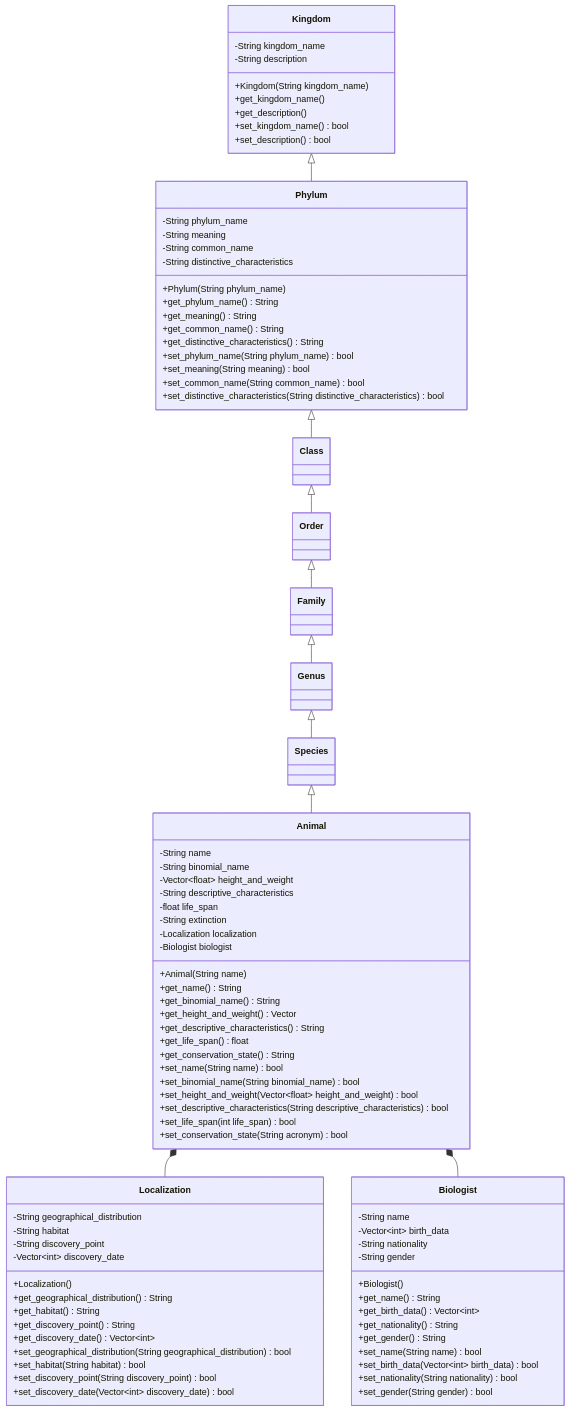
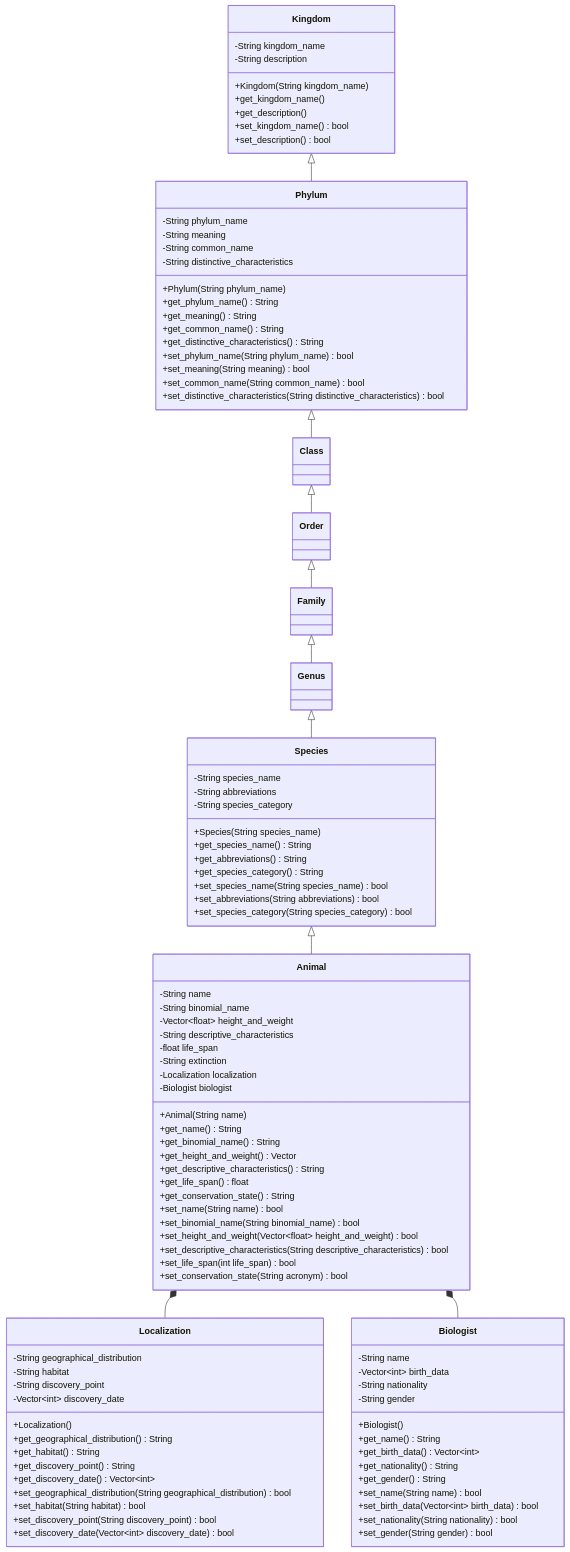
The diagram in README.md (lukaian-k/assignment_POO), drawn with Mermaid before and after one commit.

Commit message:
add especies no UML

````diff
--- a/README.md
+++ b/README.md
@@ -37,7 +37,21 @@
 		+set_common_name(String common_name) bool
 		+set_distinctive_characteristics(String distinctive_characteristics) bool
 		}
-	
+
+	class Species {
+		-String species_name
+		-String abbreviations
+		-String species_category
+		
+		+Species(String species_name)
+		+get_species_name() String
+		+get_abbreviations() String
+		+get_species_category() String
+		+set_species_name(String species_name) bool
+		+set_abbreviations(String abbreviations) bool
+		+set_species_category(String species_category) bool
+		}
+		
 	class Animal {
 		-String name
 		-String binomial_name
@@ -95,5 +109,5 @@
 		+set_birth_data(Vector~int~ birth_data) bool
 		+set_nationality(String nationality) bool
 		+set_gender(String gender) bool
-	}
+		}
 ```
````
